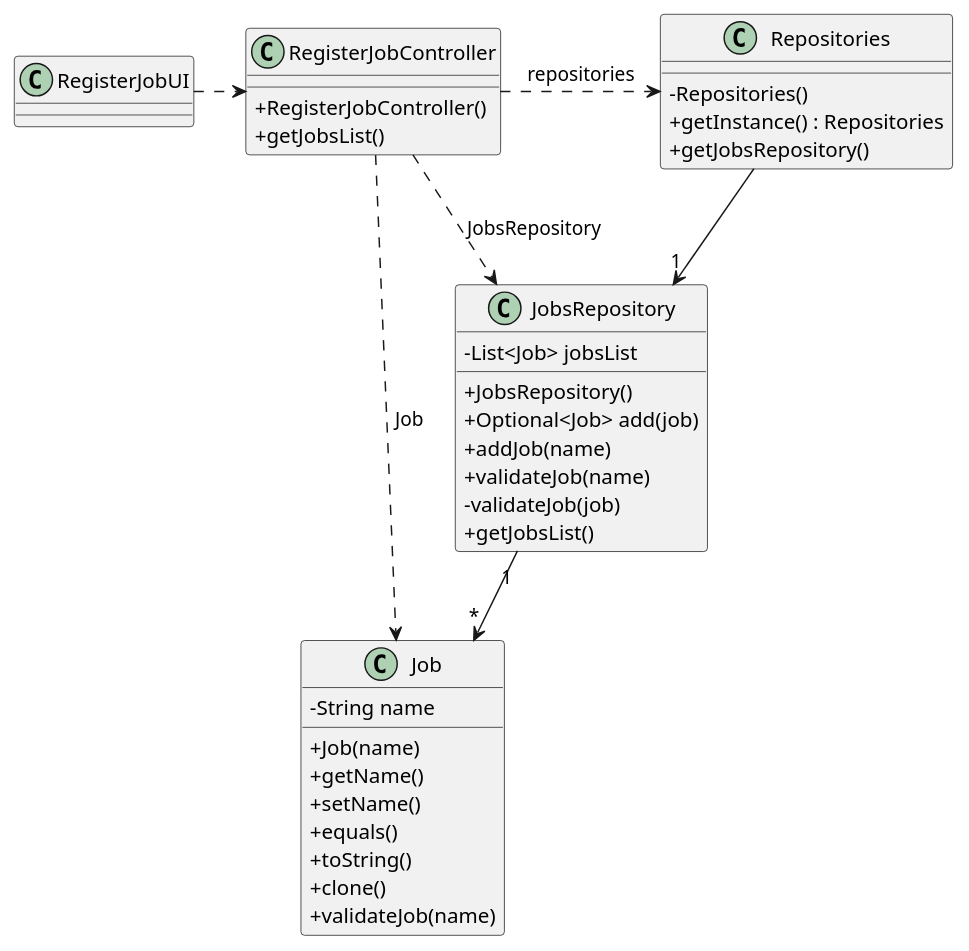
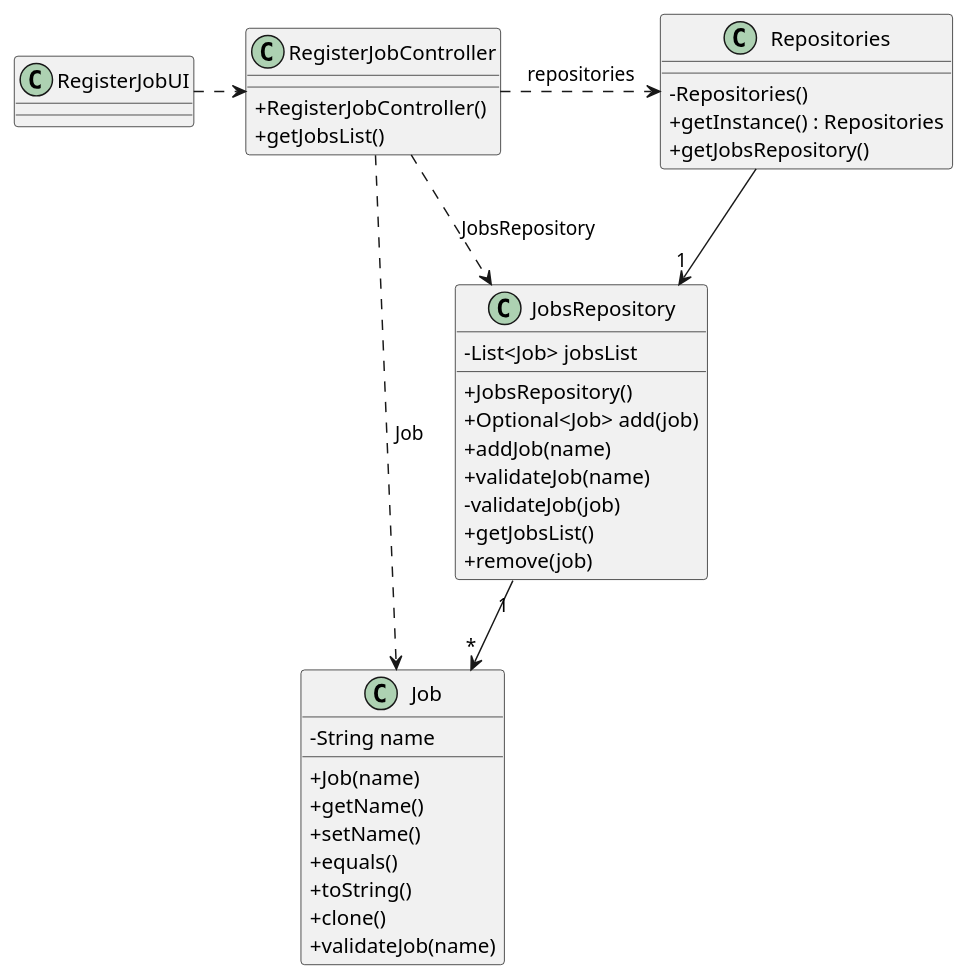
One commit to 1231360-ISEP/lei-24-s2-1db-g021 changed the diagram in docs/sprint2/us002/03.design/puml/us002-class-diagram.puml. Above: the diagram before and after it, drawn with PlantUML. The commit also changed 6 other files, not shown here.

```diff
--- a/docs/sprint2/us002/03.design/puml/us002-class-diagram.puml
+++ b/docs/sprint2/us002/03.design/puml/us002-class-diagram.puml
@@ -1,54 +1,55 @@
 @startuml
 skinparam packageStyle rectangle
 skinparam shadowing false
 skinparam linetype polyline
 skinparam classAttributeIconSize 0
 
 
 class RegisterJobUI {
 }
 
 class RegisterJobController {
     + RegisterJobController()
     + getJobsList()
 }
 
 class Job {
     - String name
     + Job(name)
     + getName()
     + setName()
     + equals()
     + toString()
     + clone()
     + validateJob(name)
 }
 
 class JobsRepository {
     - List<Job> jobsList
     + JobsRepository()
     + Optional<Job> add(job)
     + addJob(name)
     + validateJob(name)
     - validateJob(job)
     + getJobsList()
+    +remove(job)
 }
 
 class Repositories {
     - Repositories()
     + getInstance() : Repositories
     + getJobsRepository()
 }
 
 RegisterJobUI .> RegisterJobController
 
 RegisterJobController .> Repositories : repositories
 
 Repositories --> "1" JobsRepository
 
 RegisterJobController ..> Job : Job
 RegisterJobController ..> JobsRepository : JobsRepository
 
 JobsRepository "1" --> "*" Job
 
 @enduml
```
